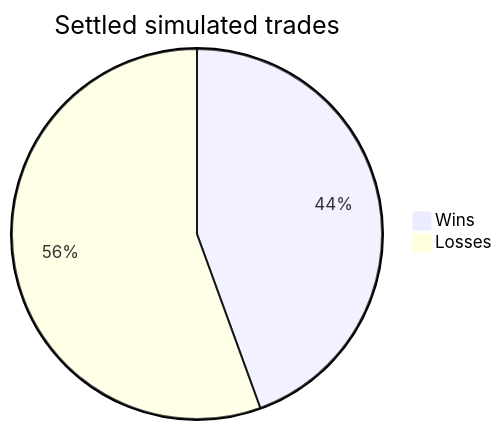
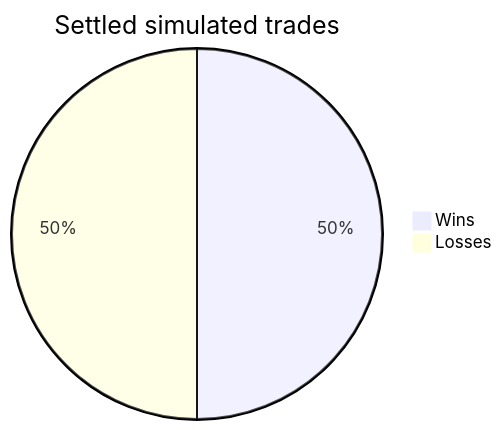
Before and after one commit to cheeseonamonkey/PaperLab: the diagram in docs/bots/btc_reversion.md, drawn with Mermaid. The commit also changed other lines of this file and 34 other files, not shown here.

````diff
--- a/docs/bots/btc_reversion.md
+++ b/docs/bots/btc_reversion.md
@@ -22,5 +22,5 @@
 ```mermaid
 pie title Settled simulated trades
-    "Wins" : 4
-    "Losses" : 5
+    "Wins" : 6
+    "Losses" : 6
 ```
````
